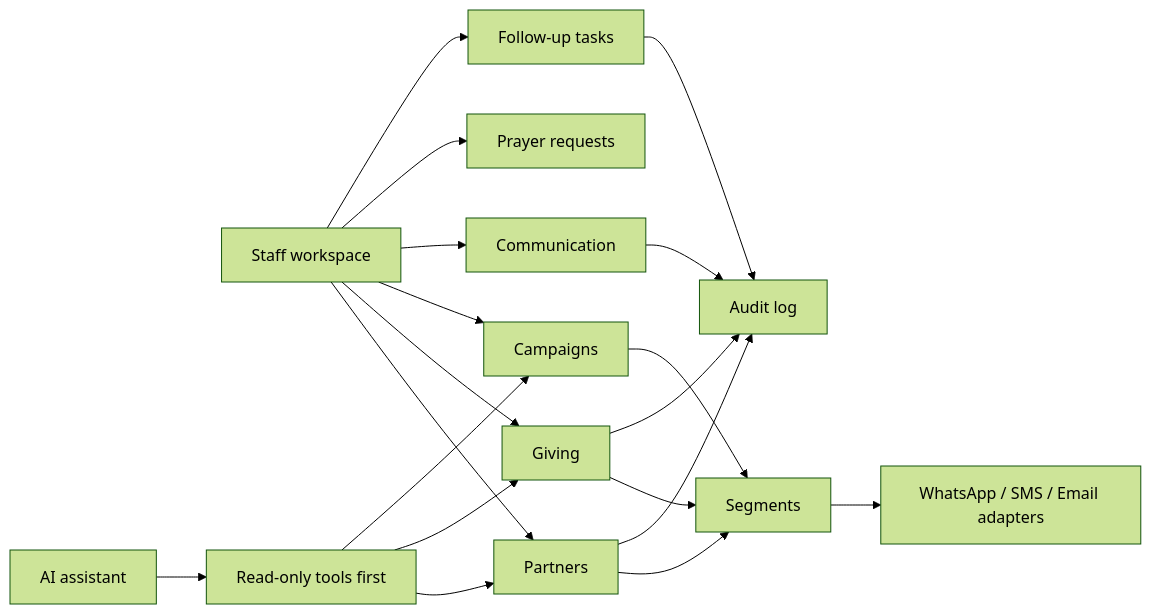
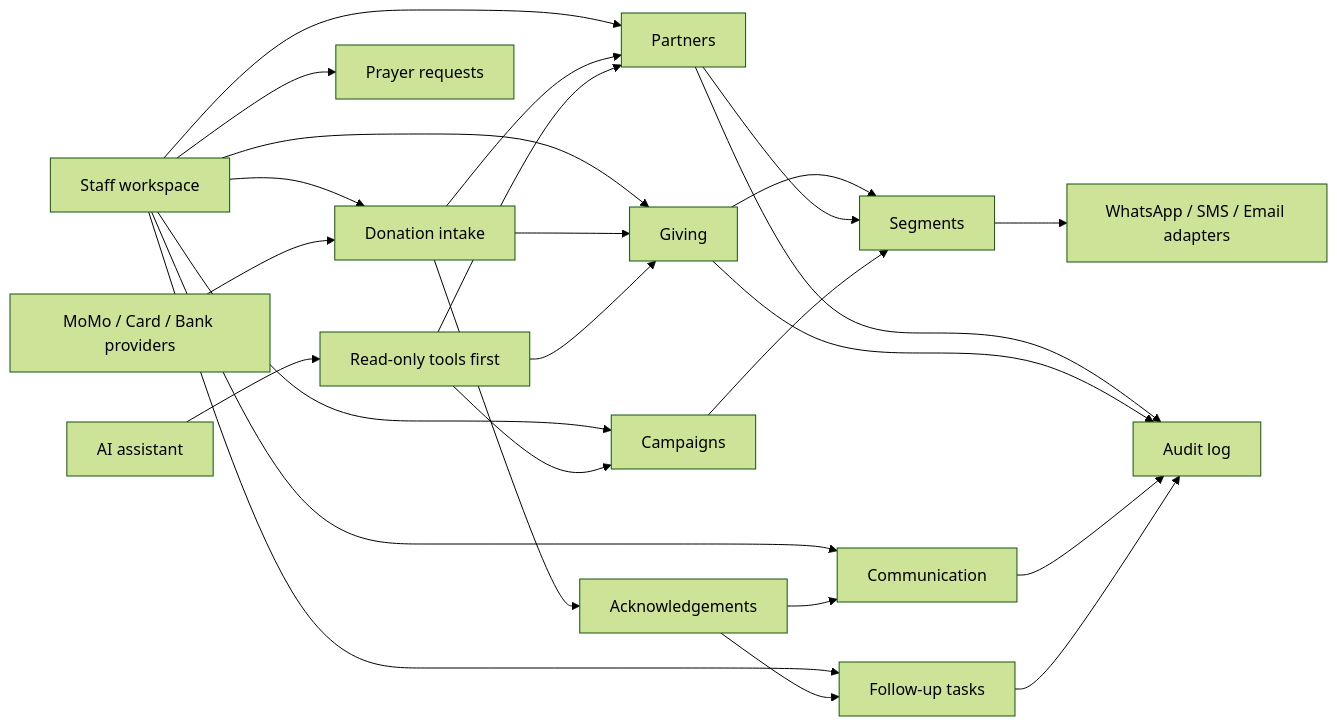
One commit to Alienware2000/benmp-prm changed the diagram in docs/architecture.md. Above: the diagram before and after it, drawn with Mermaid (forest theme). The commit also changed other lines of this file and 14 other files, not shown here.

Commit message:
Shift MVP toward donation intake workflow

````diff
--- a/docs/architecture.md
+++ b/docs/architecture.md
@@ -17,21 +17,28 @@
 ```mermaid
 flowchart LR
   Staff["Staff workspace"] --> Partners["Partners"]
+  Staff --> Intake["Donation intake"]
   Staff --> Giving["Giving"]
   Staff --> Campaigns["Campaigns"]
   Staff --> Comms["Communication"]
   Staff --> Prayer["Prayer requests"]
   Staff --> Tasks["Follow-up tasks"]
+  PaymentProviders["MoMo / Card / Bank providers"] --> Intake
+  Intake --> Giving
+  Intake --> Partners
+  Intake --> Acks["Acknowledgements"]
+  Acks --> Comms
+  Acks --> Tasks
   Giving --> Segments["Segments"]
   Partners --> Segments
   Campaigns --> Segments
   Segments --> ProviderAdapters["WhatsApp / SMS / Email adapters"]
   Partners --> Audit["Audit log"]
   Giving --> Audit
   Comms --> Audit
   Tasks --> Audit
   AI["AI assistant"] --> Tools["Read-only tools first"]
   Tools --> Partners
   Tools --> Giving
   Tools --> Campaigns
 ```
````
